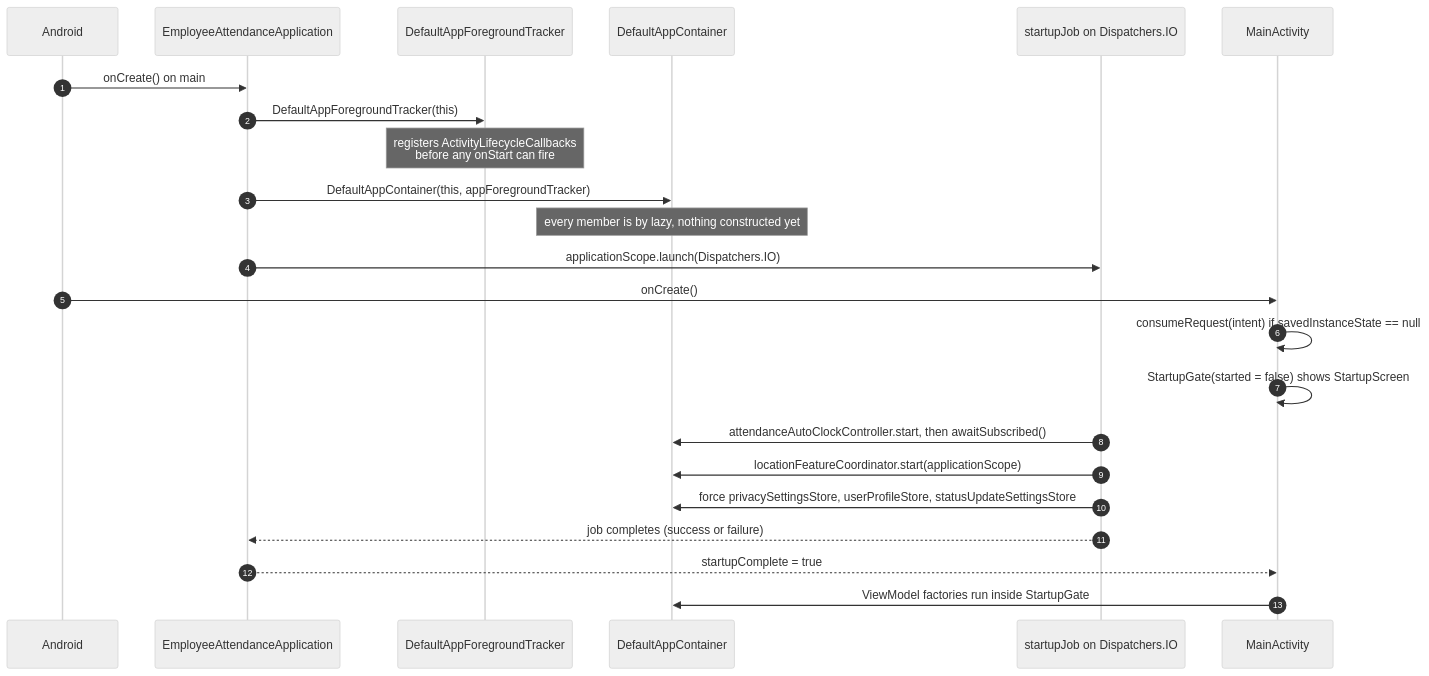
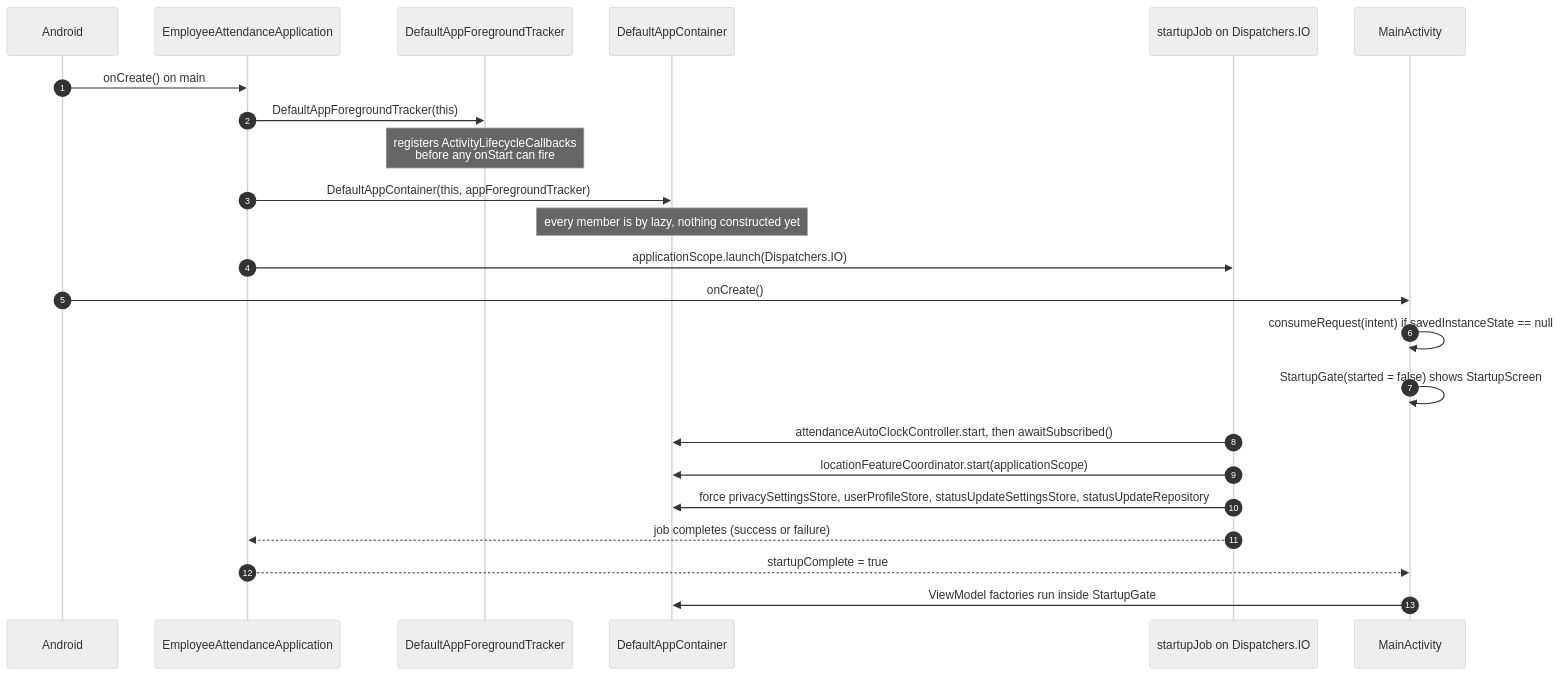
One commit to jaustinjr-code/employee-attendance-android changed the first of 12 diagrams in docs/architecture/sequence-diagrams.md. Above: the diagram before and after it, drawn with Mermaid (neutral theme). The commit also changed other lines of this file and 41 other files, not shown here.

````diff
--- a/docs/architecture/sequence-diagrams.md
+++ b/docs/architecture/sequence-diagrams.md
@@ -13,26 +13,26 @@
 ```mermaid
 sequenceDiagram
     autonumber
     participant OS as Android
     participant App as EmployeeAttendanceApplication
     participant AFT as DefaultAppForegroundTracker
     participant C as DefaultAppContainer
     participant IO as startupJob on Dispatchers.IO
     participant MA as MainActivity
 
     OS->>App: onCreate() on main
     App->>AFT: DefaultAppForegroundTracker(this)
     Note over AFT: registers ActivityLifecycleCallbacks<br/>before any onStart can fire
     App->>C: DefaultAppContainer(this, appForegroundTracker)
     Note over C: every member is by lazy, nothing constructed yet
     App->>IO: applicationScope.launch(Dispatchers.IO)
     OS->>MA: onCreate()
     MA->>MA: consumeRequest(intent) if savedInstanceState == null
     MA->>MA: StartupGate(started = false) shows StartupScreen
     IO->>C: attendanceAutoClockController.start, then awaitSubscribed()
     IO->>C: locationFeatureCoordinator.start(applicationScope)
-    IO->>C: force privacySettingsStore, userProfileStore, statusUpdateSettingsStore
+    IO->>C: force privacySettingsStore, userProfileStore, statusUpdateSettingsStore, statusUpdateRepository
     IO-->>App: job completes (success or failure)
     App-->>MA: startupComplete = true
     MA->>C: ViewModel factories run inside StartupGate
 ```
````
